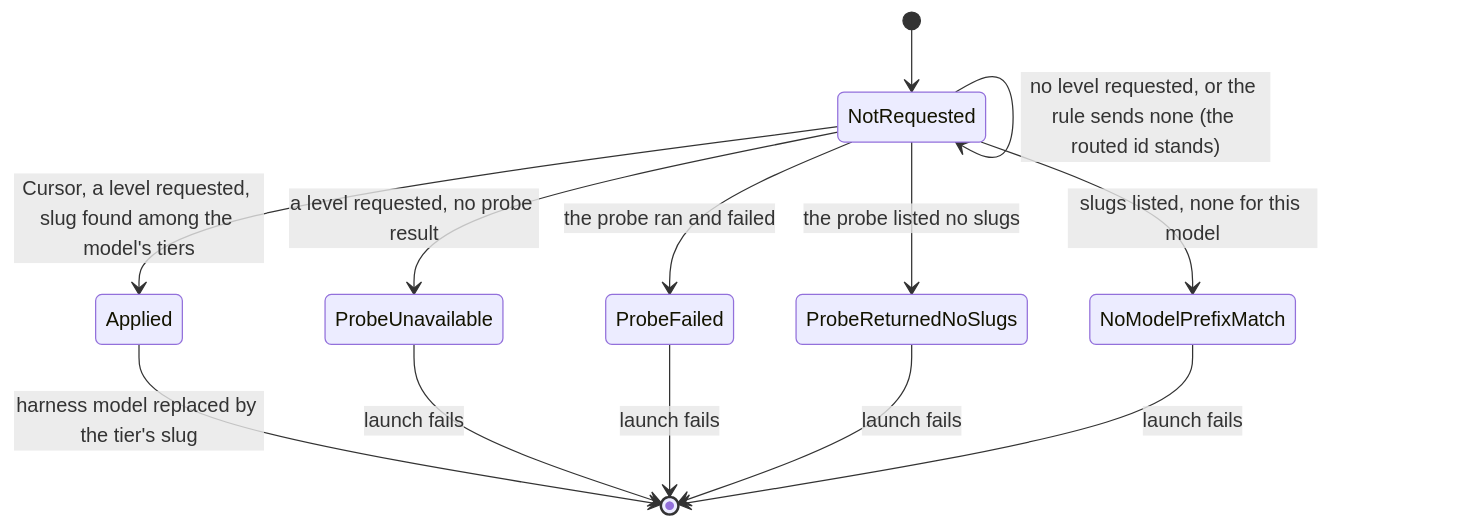
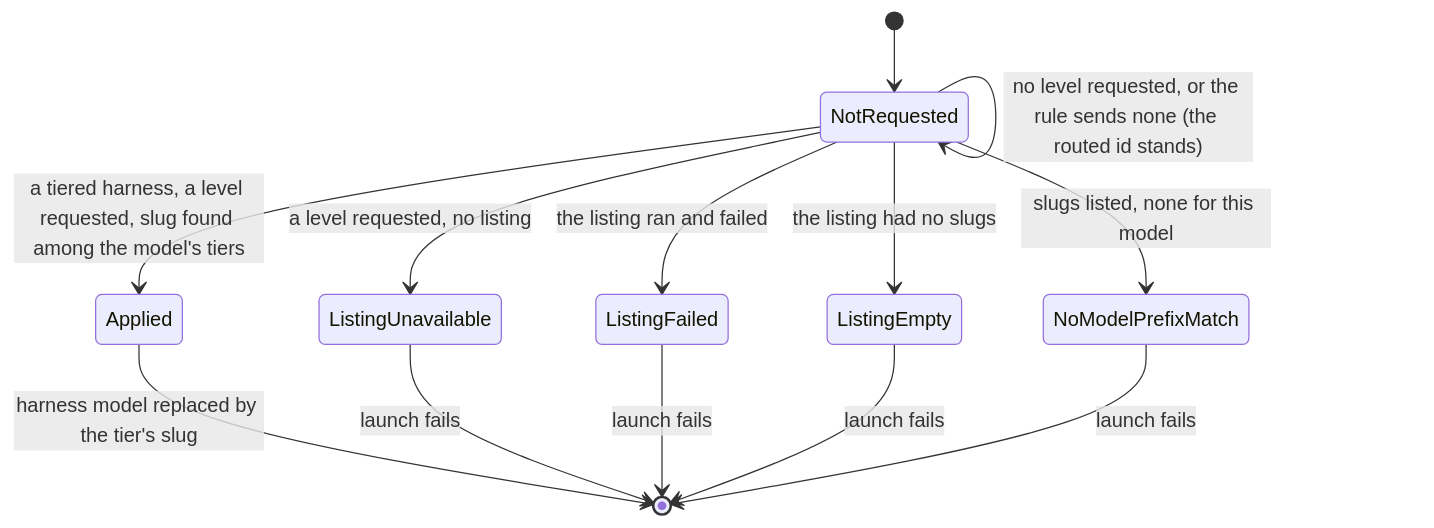
Before and after one commit to haowjy/mars-agents: the second of 2 diagrams in src/build/policy/.context/state-machines.md, drawn with Mermaid. The commit also changed other lines of this file and 17 other files, not shown here.

First line of the commit message:
refactor: effort tiers in slugs are a harness row fact, not Cursor code

````diff
--- a/src/build/policy/.context/state-machines.md
+++ b/src/build/policy/.context/state-machines.md
@@ -56,15 +57,15 @@
 ```mermaid
 stateDiagram-v2
   [*] --> NotRequested
-  NotRequested --> Applied: Cursor, a level requested, slug found among the model's tiers
+  NotRequested --> Applied: a tiered harness, a level requested, slug found among the model's tiers
   NotRequested --> NotRequested: no level requested, or the rule sends none (the routed id stands)
-  NotRequested --> ProbeUnavailable: a level requested, no probe result
-  NotRequested --> ProbeFailed: the probe ran and failed
-  NotRequested --> ProbeReturnedNoSlugs: the probe listed no slugs
+  NotRequested --> ListingUnavailable: a level requested, no listing
+  NotRequested --> ListingFailed: the listing ran and failed
+  NotRequested --> ListingEmpty: the listing had no slugs
   NotRequested --> NoModelPrefixMatch: slugs listed, none for this model
   Applied --> [*]: harness model replaced by the tier's slug
-  ProbeUnavailable --> [*]: launch fails
-  ProbeFailed --> [*]: launch fails
-  ProbeReturnedNoSlugs --> [*]: launch fails
+  ListingUnavailable --> [*]: launch fails
+  ListingFailed --> [*]: launch fails
+  ListingEmpty --> [*]: launch fails
   NoModelPrefixMatch --> [*]: launch fails
 ```
````
